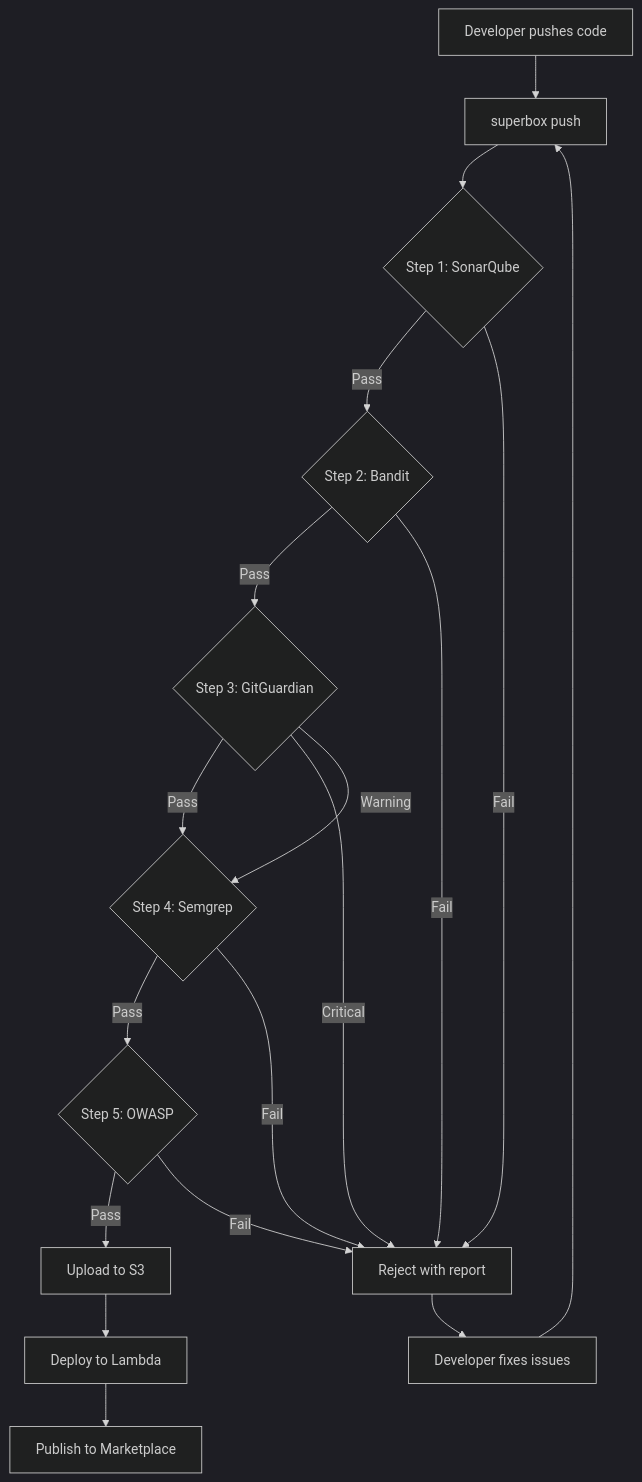
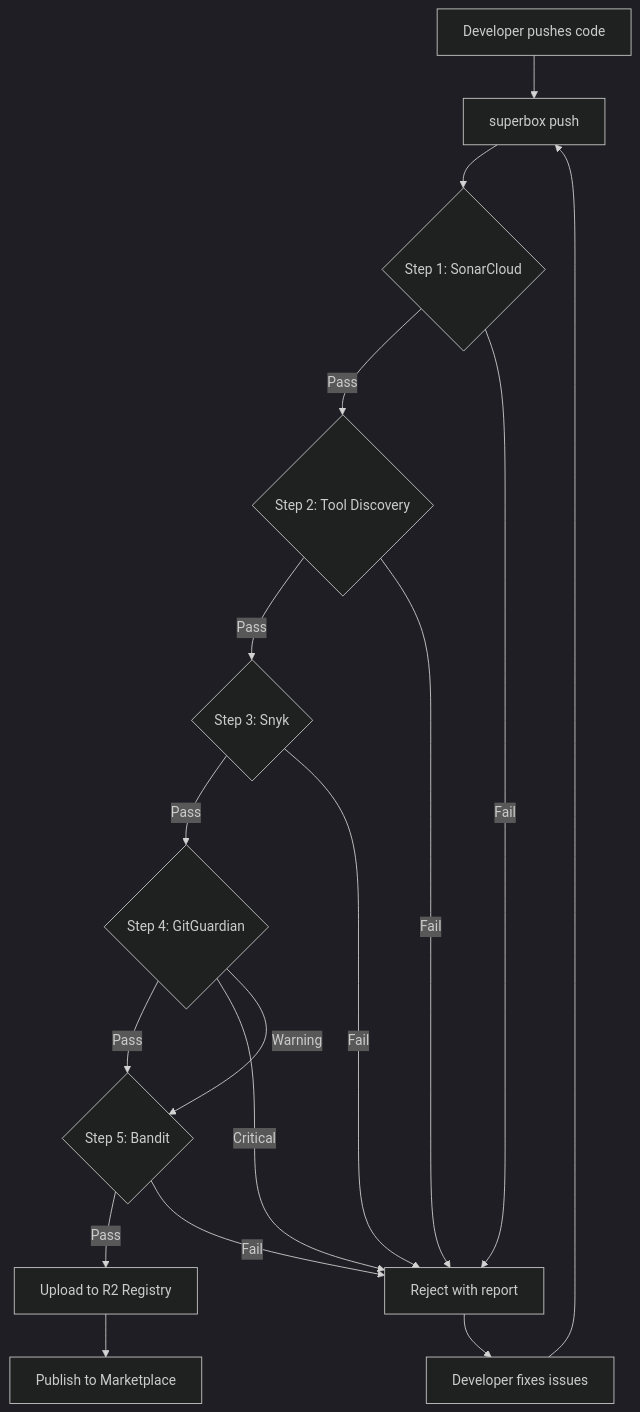
The diagram in docs/concepts/security.mdx (areebahmeddd/SuperBox-FE), drawn with Mermaid (dark theme) before and after one commit. The commit also changed other lines of this file and 43 other files, not shown here.

````diff
--- a/docs/concepts/security.mdx
+++ b/docs/concepts/security.mdx
@@ -44,26 +41,25 @@
 ```mermaid
 graph TD
-    A[Developer pushes code] --> B[superbox push]
-    B --> C{Step 1: SonarQube}
-    C -->|Pass| D{Step 2: Bandit}
-    C -->|Fail| Z[Reject with report]
+ A[Developer pushes code] --> B[superbox push]
+ B --> C{Step 1: SonarCloud}
+ C -->|Pass| D{Step 2: Tool Discovery}
+ C -->|Fail| Z[Reject with report]
 
-    D -->|Pass| E{Step 3: GitGuardian}
-    D -->|Fail| Z
+ D -->|Pass| E{Step 3: Snyk}
+ D -->|Fail| Z
 
-    E -->|Pass| F{Step 4: Semgrep}
-    E -->|Critical| Z
-    E -->|Warning| F
+ E -->|Pass| F{Step 4: GitGuardian}
+ E -->|Fail| Z
 
-    F -->|Pass| G{Step 5: OWASP}
-    F -->|Fail| Z
+ F -->|Pass| G{Step 5: Bandit}
+ F -->|Critical| Z
+ F -->|Warning| G
 
-    G -->|Pass| H[Upload to S3]
-    G -->|Fail| Z
+ G -->|Pass| H[Upload to R2 Registry]
+ G -->|Fail| Z
 
-    H --> I[Deploy to Lambda]
-    I --> J[Publish to Marketplace]
+ H --> I[Publish to Marketplace]
 
-    Z --> K[Developer fixes issues]
-    K --> B
+ Z --> K[Developer fixes issues]
+ K --> B
 ```
````
